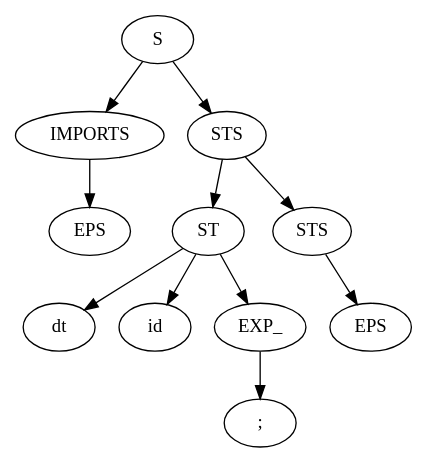
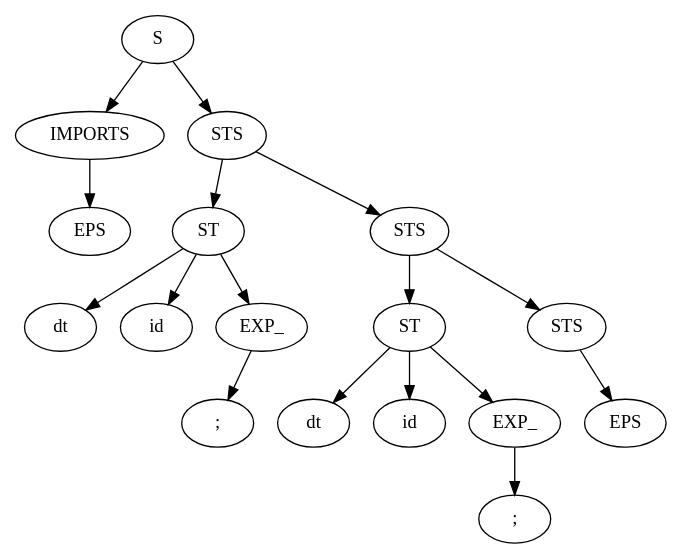
The diagram in tree.gv (eddyrene/compiler), drawn with Graphviz before and after one commit. The commit also changed 18 other files, not shown here.

```diff
--- a/tree.gv
+++ b/tree.gv
@@ -1,34 +1,52 @@
 digraph G {
-"0x9a1860";
-"0x9a1860"[label="S"];
-"0x9a1860" -> "0x9b3ec0";
-"0x9b3ec0"[label="IMPORTS"];
-"0x9a1860" -> "0x9a32f0";
-"0x9a32f0"[label="STS"];
-"0x9b3ec0";
-"0x9b3ec0"[label="IMPORTS"];
-"0x9b3ec0" -> "0x906580";
-"0x906580"[label="EPS"];
-"0x9a32f0";
-"0x9a32f0"[label="STS"];
-"0x9a32f0" -> "0x95a510";
-"0x95a510"[label="ST"];
-"0x9a32f0" -> "0x9a16d0";
-"0x9a16d0"[label="STS"];
-"0x95a510";
-"0x95a510"[label="ST"];
-"0x95a510" -> "0x94fde0";
-"0x94fde0"[label="dt"];
-"0x95a510" -> "0x95c2e0";
-"0x95c2e0"[label="id"];
-"0x95a510" -> "0x95aa40";
-"0x95aa40"[label="EXP_"];
-"0x95aa40";
-"0x95aa40"[label="EXP_"];
-"0x95aa40" -> "0x903140";
-"0x903140"[label=";"];
-"0x9a16d0";
-"0x9a16d0"[label="STS"];
-"0x9a16d0" -> "0x9a32b0";
-"0x9a32b0"[label="EPS"];
+"0xad0850";
+"0xad0850"[label="S"];
+"0xad0850" -> "0xa68720";
+"0xa68720"[label="IMPORTS"];
+"0xad0850" -> "0xacdd00";
+"0xacdd00"[label="STS"];
+"0xa68720";
+"0xa68720"[label="IMPORTS"];
+"0xa68720" -> "0xac0830";
+"0xac0830"[label="EPS"];
+"0xacdd00";
+"0xacdd00"[label="STS"];
+"0xacdd00" -> "0xa5f470";
+"0xa5f470"[label="ST"];
+"0xacdd00" -> "0xacb1f0";
+"0xacb1f0"[label="STS"];
+"0xa5f470";
+"0xa5f470"[label="ST"];
+"0xa5f470" -> "0xac5b70";
+"0xac5b70"[label="dt"];
+"0xa5f470" -> "0xac1270";
+"0xac1270"[label="id"];
+"0xa5f470" -> "0xa5f4d0";
+"0xa5f4d0"[label="EXP_"];
+"0xa5f4d0";
+"0xa5f4d0"[label="EXP_"];
+"0xa5f4d0" -> "0xcbc860";
+"0xcbc860"[label=";"];
+"0xacb1f0";
+"0xacb1f0"[label="STS"];
+"0xacb1f0" -> "0xac7160";
+"0xac7160"[label="ST"];
+"0xacb1f0" -> "0xacb170";
+"0xacb170"[label="STS"];
+"0xac7160";
+"0xac7160"[label="ST"];
+"0xac7160" -> "0xacb130";
+"0xacb130"[label="dt"];
+"0xac7160" -> "0xac9b10";
+"0xac9b10"[label="id"];
+"0xac7160" -> "0xac5bb0";
+"0xac5bb0"[label="EXP_"];
+"0xac5bb0";
+"0xac5bb0"[label="EXP_"];
+"0xac5bb0" -> "0xac7120";
+"0xac7120"[label=";"];
+"0xacb170";
+"0xacb170"[label="STS"];
+"0xacb170" -> "0xacb1b0";
+"0xacb1b0"[label="EPS"];
 }
```
